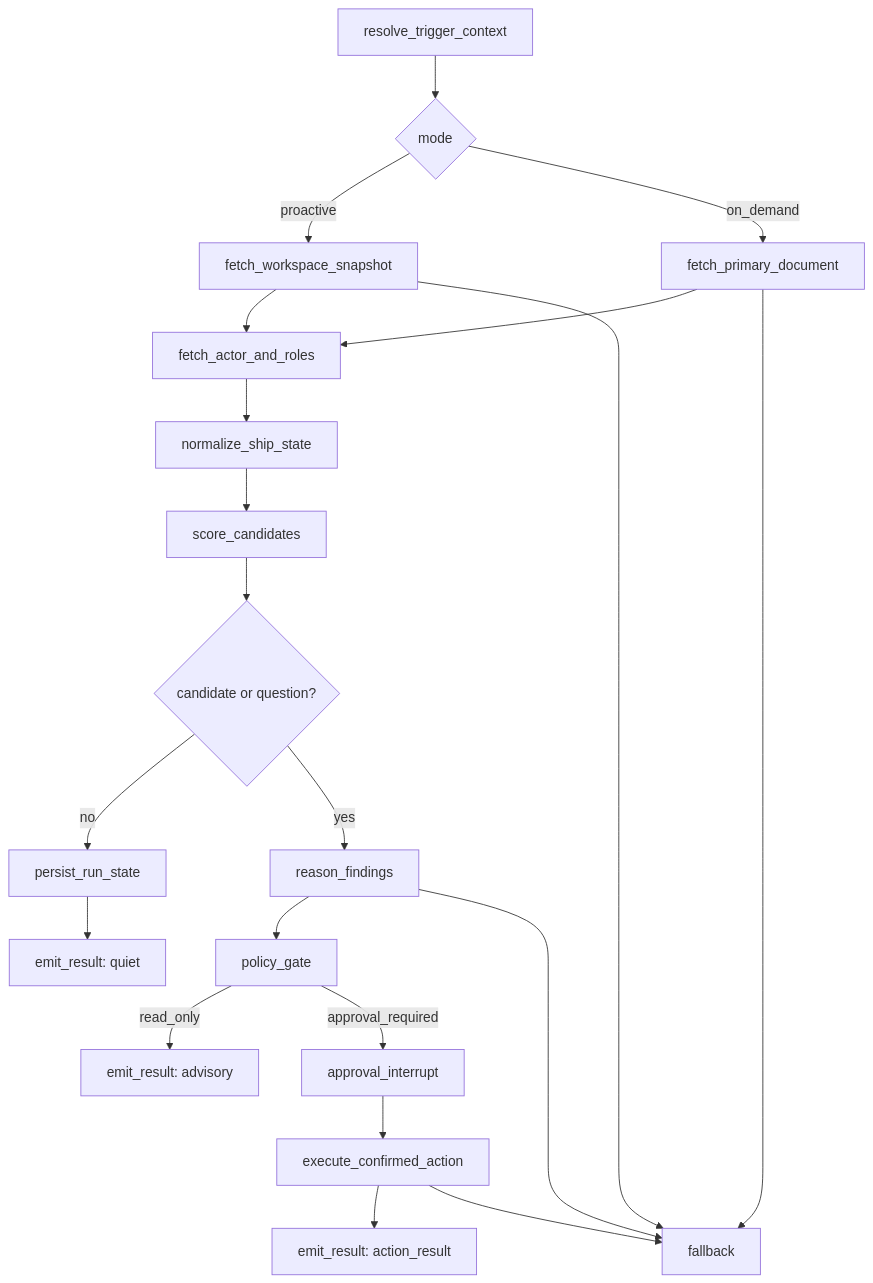
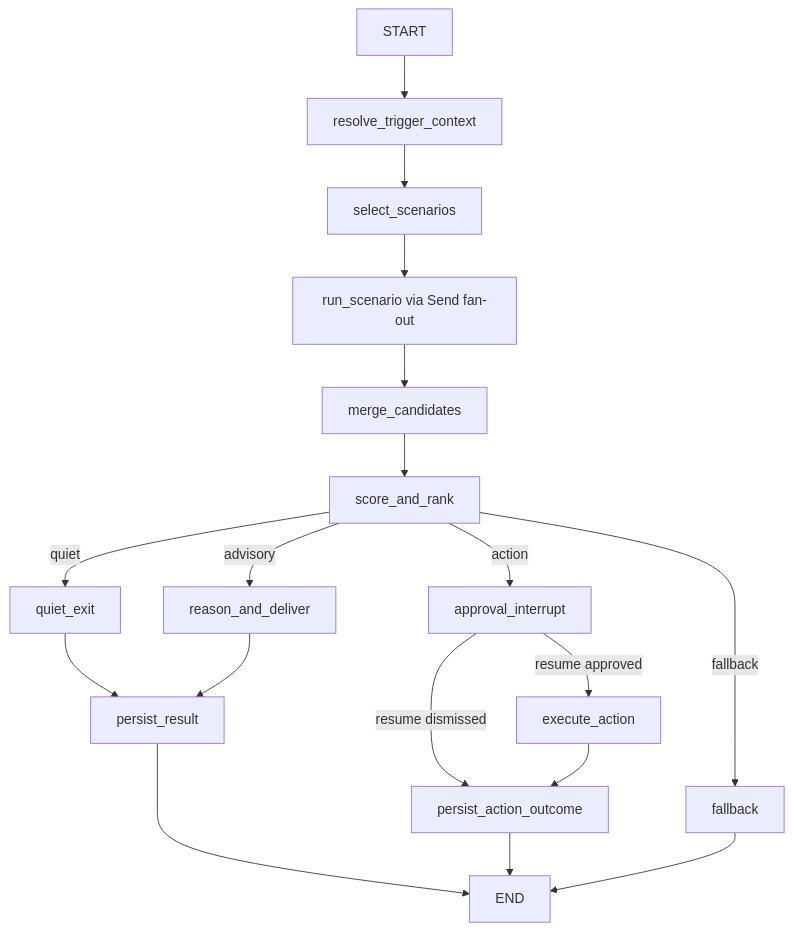
Before and after one commit to thisisyoussef/ship: the diagram in docs/assignments/fleetgraph/FLEETGRAPH.md, drawn with Mermaid. The commit also changed other lines of this file and 44 other files, not shown here.

````diff
--- a/docs/assignments/fleetgraph/FLEETGRAPH.md
+++ b/docs/assignments/fleetgraph/FLEETGRAPH.md
@@ -73,23 +73,20 @@
 ```mermaid
 flowchart TD
-  A["resolve_trigger_context"] --> B{"mode"}
-  B -->|proactive| C["fetch_workspace_snapshot"]
-  B -->|on_demand| D["fetch_primary_document"]
-  C --> E["fetch_actor_and_roles"]
-  D --> E
-  E --> F["normalize_ship_state"]
-  F --> G["score_candidates"]
-  G --> H{"candidate or question?"}
-  H -->|no| I["persist_run_state"]
-  I --> J["emit_result: quiet"]
-  H -->|yes| K["reason_findings"]
-  K --> L["policy_gate"]
-  L -->|read_only| M["emit_result: advisory"]
-  L -->|approval_required| N["approval_interrupt"]
-  N --> O["execute_confirmed_action"]
-  O --> P["emit_result: action_result"]
-  C --> Q["fallback"]
-  D --> Q
-  K --> Q
-  O --> Q
+  A["START"] --> B["resolve_trigger_context"]
+  B --> C["select_scenarios"]
+  C --> D["run_scenario via Send fan-out"]
+  D --> E["merge_candidates"]
+  E --> F["score_and_rank"]
+  F -->|quiet| G["quiet_exit"]
+  F -->|advisory| H["reason_and_deliver"]
+  F -->|action| I["approval_interrupt"]
+  F -->|fallback| J["fallback"]
+  G --> K["persist_result"]
+  H --> K
+  I -->|resume approved| L["execute_action"]
+  I -->|resume dismissed| M["persist_action_outcome"]
+  L --> M
+  K --> N["END"]
+  M --> N
+  J --> N
 ```
````
